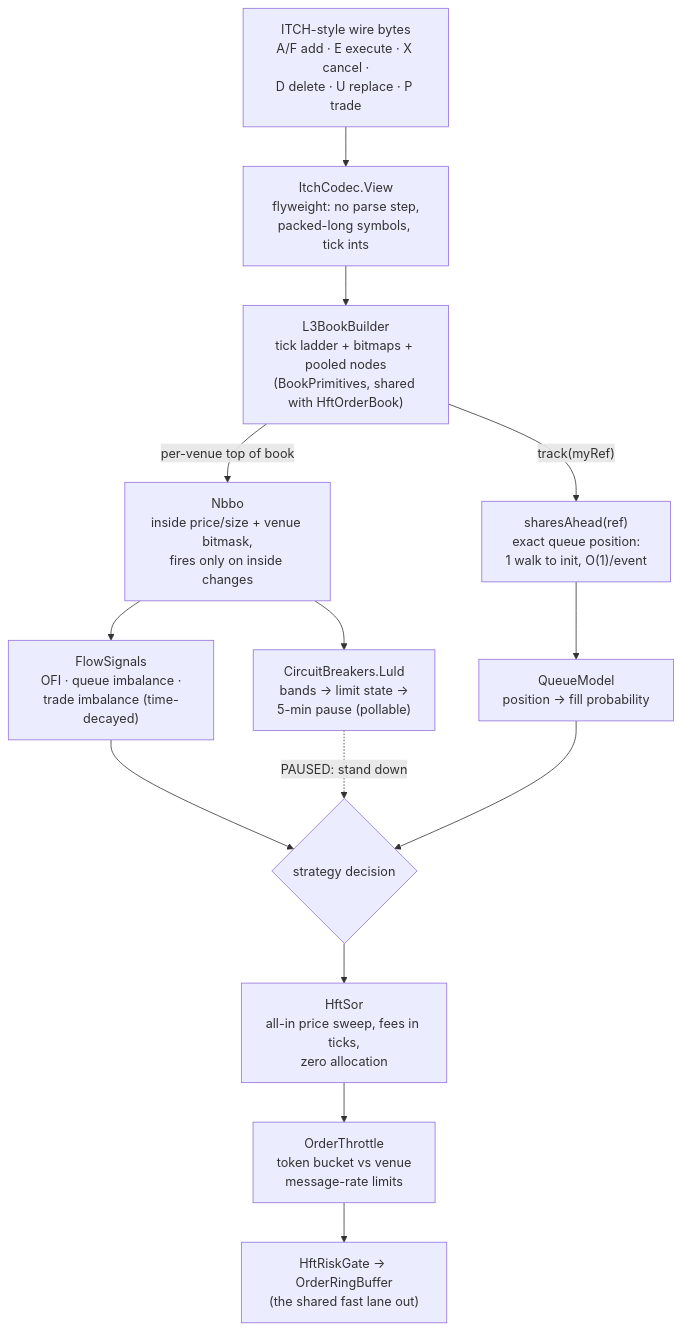
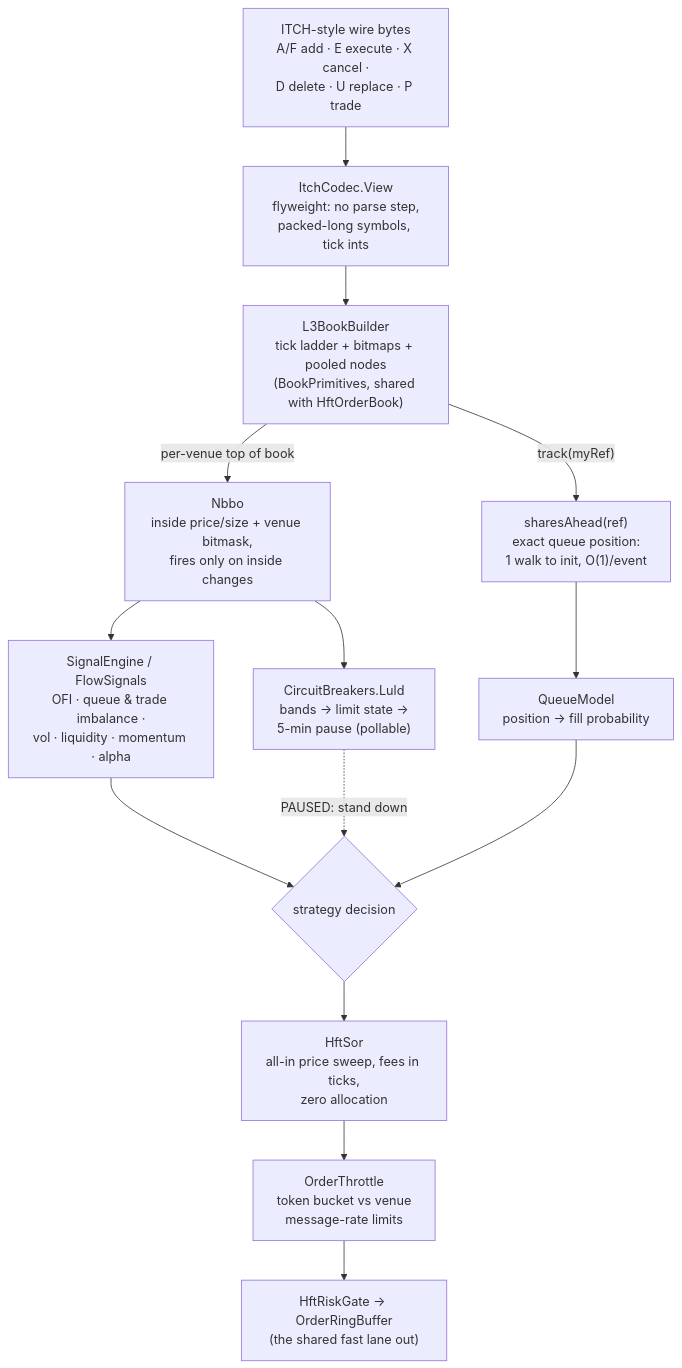
Before and after one commit to AshJha0/Quant-Finance-Library: the seventh of 12 diagrams in docs/DIAGRAMS.md, drawn with Mermaid. The commit also changed other lines of this file and 42 other files, not shown here.

````diff
--- a/docs/DIAGRAMS.md
+++ b/docs/DIAGRAMS.md
@@ -203,15 +203,15 @@
 ```mermaid
 flowchart TD
     WIRE["ITCH-style wire bytes<br/>A/F add · E execute · X cancel ·<br/>D delete · U replace · P trade"] --> CODEC["ItchCodec.View<br/>flyweight: no parse step,<br/>packed-long symbols, tick ints"]
     CODEC --> L3["L3BookBuilder<br/>tick ladder + bitmaps + pooled nodes<br/>(BookPrimitives, shared with HftOrderBook)"]
     L3 -->|"per-venue top of book"| NBBO["Nbbo<br/>inside price/size + venue bitmask,<br/>fires only on inside changes"]
     L3 -->|"track(myRef)"| QPOS["sharesAhead(ref)<br/>exact queue position:<br/>1 walk to init, O(1)/event"]
     QPOS --> QM["QueueModel<br/>position → fill probability"]
-    NBBO --> SIG["FlowSignals<br/>OFI · queue imbalance ·<br/>trade imbalance (time-decayed)"]
+    NBBO --> SIG["SignalEngine / FlowSignals<br/>OFI · queue &amp; trade imbalance ·<br/>vol · liquidity · momentum · alpha"]
     NBBO --> LULD["CircuitBreakers.Luld<br/>bands → limit state →<br/>5-min pause (pollable)"]
     SIG & QM --> DECIDE{"strategy decision"}
     LULD -.->|"PAUSED: stand down"| DECIDE
     DECIDE --> SOR["HftSor<br/>all-in price sweep, fees in ticks,<br/>zero allocation"]
     SOR --> THR["OrderThrottle<br/>token bucket vs venue<br/>message-rate limits"]
     THR --> GATE7["HftRiskGate → OrderRingBuffer<br/>(the shared fast lane out)"]
 ```
````
